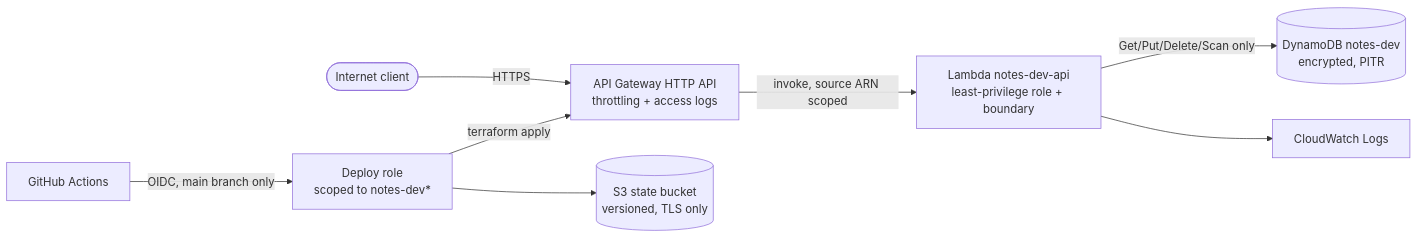
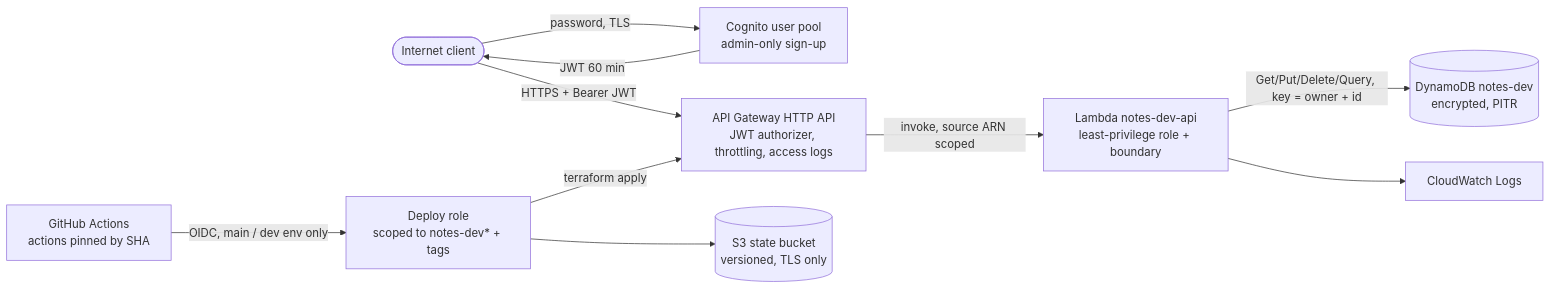
One commit to ktf40858-stack/secure-serverless-aws changed the diagram in docs/threat-model.md. Above: the diagram before and after it, drawn with Mermaid. The commit also changed other lines of this file and 11 other files, not shown here.

First line of the commit message:
Week 3: Cognito JWT auth, per-owner data (no IDOR), actions pinned by SHA

````diff
--- a/docs/threat-model.md
+++ b/docs/threat-model.md
@@ -9,10 +9,12 @@
 ```mermaid
 flowchart LR
-  user([Internet client]) -->|HTTPS| apigw[API Gateway HTTP API<br/>throttling + access logs]
+  user([Internet client]) -->|password, TLS| cog[Cognito user pool<br/>admin-only sign-up]
+  cog -->|JWT 60 min| user
+  user -->|HTTPS + Bearer JWT| apigw[API Gateway HTTP API<br/>JWT authorizer, throttling, access logs]
   apigw -->|invoke, source ARN scoped| fn[Lambda notes-dev-api<br/>least-privilege role + boundary]
-  fn -->|Get/Put/Delete/Scan only| ddb[(DynamoDB notes-dev<br/>encrypted, PITR)]
+  fn -->|Get/Put/Delete/Query, key = owner + id| ddb[(DynamoDB notes-dev<br/>encrypted, PITR)]
   fn --> logs[CloudWatch Logs]
-  gh[GitHub Actions] -->|OIDC, main branch only| role[Deploy role<br/>scoped to notes-dev*]
+  gh[GitHub Actions<br/>actions pinned by SHA] -->|OIDC, main / dev env only| role[Deploy role<br/>scoped to notes-dev* + tags]
   role --> tf[(S3 state bucket<br/>versioned, TLS only)]
   role -->|terraform apply| apigw
 ```
````
